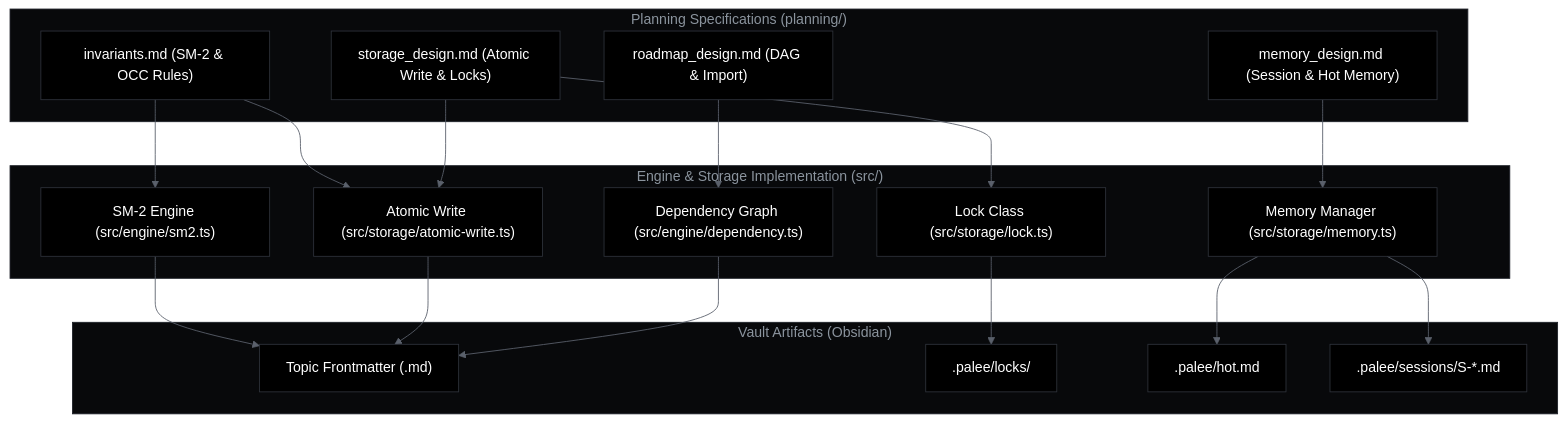
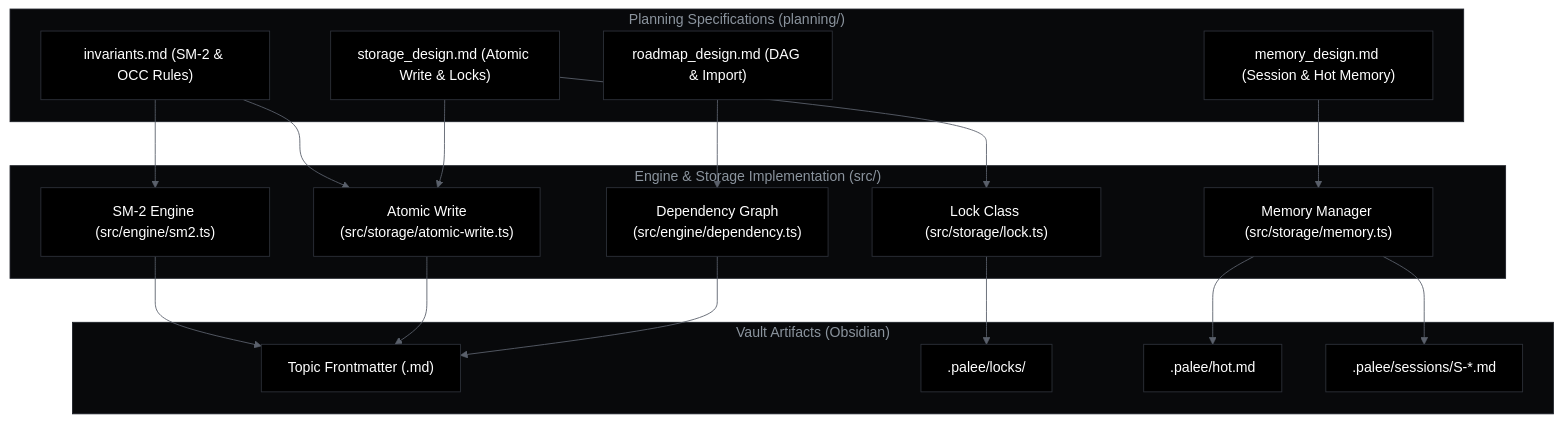
Before and after one commit to Kuldeep2822k/cli: the first of 2 diagrams in docs/08-0-planning-and-design-documents.md, drawn with Mermaid. The commit also changed other lines of this file and 22 other files, not shown here.

First line of the commit message:
docs: resolve documentation audit drift, navigation gaps, and diagram layouts (#189)

````diff
--- a/docs/08-0-planning-and-design-documents.md
+++ b/docs/08-0-planning-and-design-documents.md
@@ -64,75 +63,75 @@
 ```mermaid
 %%{init: {
   'theme': 'base',
   'themeVariables': {
     'background': '#000000',
     'primaryColor': '#000000',
     'primaryTextColor': '#e0e0e0',
     'primaryBorderColor': '#2d3139',
     'lineColor': '#5a606b',
     'secondaryColor': '#000000',
     'tertiaryColor': '#000000',
     'clusterBkg': '#0a0b0d',
     'clusterBorder': '#1e2128',
     'titleColor': '#8b949e',
     'edgeLabelBackground': '#000000',
     'fontFamily': 'Inter, system-ui, sans-serif'
   }
 }}%%
 flowchart TD
     subgraph PlanSpace ["Planning Specifications (planning/)"]
         P_Inv["invariants.md (SM-2 & OCC Rules)"]
         P_Stor["storage_design.md (Atomic Write & Locks)"]
         P_Mem["memory_design.md (Session & Hot Memory)"]
         P_Road["roadmap_design.md (DAG & Import)"]
     end
 
     subgraph CodeSpace ["Engine & Storage Implementation (src/)"]
         C_SM2["SM-2 Engine (src/engine/sm2.ts)"]
-        C_Atom["Atomic Write (src/storage/atomic-write.ts)"]
+        C_Atom["Atomic Write<br/>(src/storage/atomic-write.ts)"]
         C_Lock["Lock Class (src/storage/lock.ts)"]
         C_Mem["Memory Manager (src/storage/memory.ts)"]
-        C_DAG["Dependency Graph (src/engine/dependency.ts)"]
+        C_DAG["Dependency Graph<br/>(src/engine/dependency.ts)"]
     end
 
     subgraph VaultSpace ["Vault Artifacts (Obsidian)"]
         V_Note["Topic Frontmatter (.md)"]
         V_Lock[".palee/locks/"]
         V_Hot[".palee/hot.md"]
         V_Sess[".palee/sessions/S-*.md"]
     end
 
     P_Inv --> C_SM2
     P_Inv --> C_Atom
     P_Stor --> C_Atom
     P_Stor --> C_Lock
     P_Mem --> C_Mem
     P_Road --> C_DAG
 
     C_SM2 --> V_Note
     C_Atom --> V_Note
     C_Lock --> V_Lock
     C_Mem --> V_Hot
     C_Mem --> V_Sess
     C_DAG --> V_Note
 
     style PlanSpace fill:#08090b,stroke:#1e2128,stroke-width:1px,color:#8b949e
     style CodeSpace fill:#08090b,stroke:#1e2128,stroke-width:1px,color:#8b949e
     style VaultSpace fill:#08090b,stroke:#1e2128,stroke-width:1px,color:#8b949e
 
     style P_Inv fill:#000000,stroke:#2d3139,stroke-width:1px,color:#ffffff
     style P_Stor fill:#000000,stroke:#2d3139,stroke-width:1px,color:#ffffff
     style P_Mem fill:#000000,stroke:#2d3139,stroke-width:1px,color:#ffffff
     style P_Road fill:#000000,stroke:#2d3139,stroke-width:1px,color:#ffffff
 
     style C_SM2 fill:#000000,stroke:#2d3139,stroke-width:1px,color:#ffffff
     style C_Atom fill:#000000,stroke:#2d3139,stroke-width:1px,color:#ffffff
     style C_Lock fill:#000000,stroke:#2d3139,stroke-width:1px,color:#ffffff
     style C_Mem fill:#000000,stroke:#2d3139,stroke-width:1px,color:#ffffff
     style C_DAG fill:#000000,stroke:#2d3139,stroke-width:1px,color:#ffffff
 
     style V_Note fill:#000000,stroke:#2d3139,stroke-width:1px,color:#ffffff
     style V_Lock fill:#000000,stroke:#2d3139,stroke-width:1px,color:#ffffff
     style V_Hot fill:#000000,stroke:#2d3139,stroke-width:1px,color:#ffffff
     style V_Sess fill:#000000,stroke:#2d3139,stroke-width:1px,color:#ffffff
 ```
````
